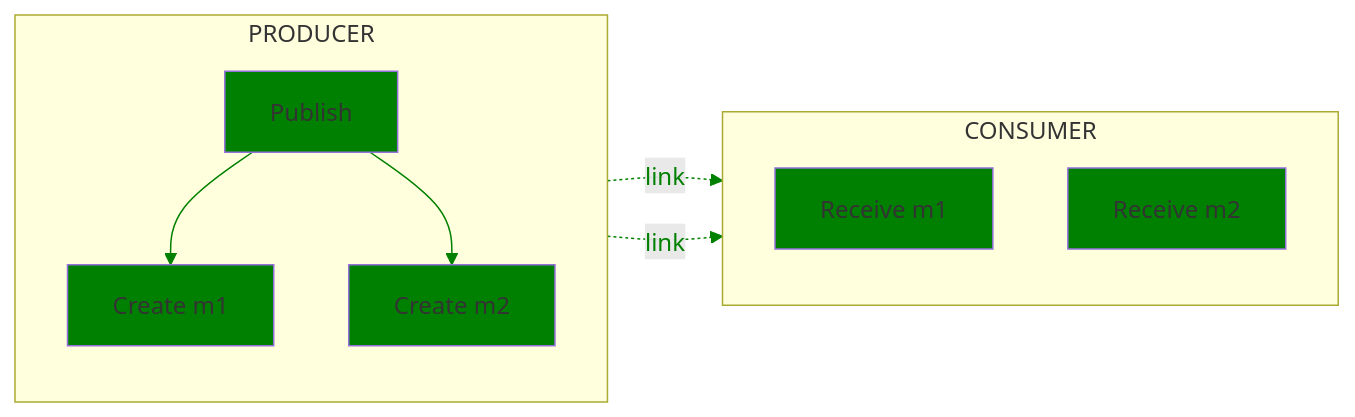
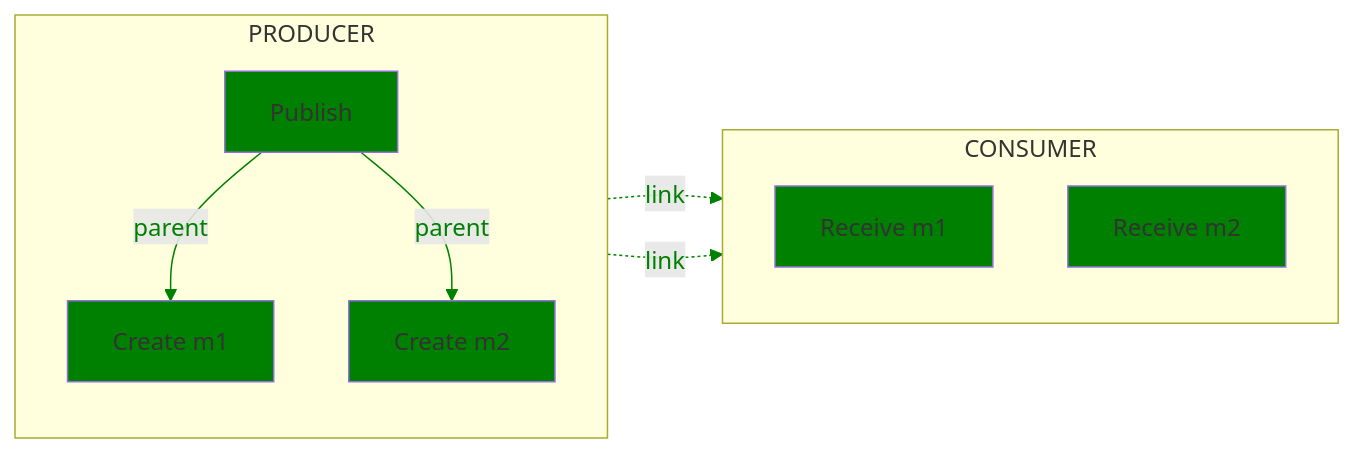
One commit to open-telemetry/oteps changed the ninth of 12 diagrams in text/trace/0220-messaging-semantic-conventions-span-structure.md. Above: the diagram before and after it, drawn with Mermaid. The commit also changed other lines of this file, not shown here.

Commit message:
Add parent label on diagrams

````diff
--- a/text/trace/0220-messaging-semantic-conventions-span-structure.md
+++ b/text/trace/0220-messaging-semantic-conventions-span-structure.md
@@ -505,19 +505,19 @@
 ```mermaid
 flowchart LR;
   subgraph PRODUCER
   direction TB
-  P[Publish]-->CM1[Create m1]
-  P-->CM2[Create m2]
+  P[Publish]-->|parent|CM1[Create m1]
+  P-->|parent|CM2[Create m2]
   end
   subgraph CONSUMER
   direction TB
   RM1[Receive m1]
   RM2[Receive m2]
   end
   CM1-. link .->RM1;
   CM2-. link .->RM2;
 
   classDef normal fill:green
   class P,CM1,CM2,RM1,RM2 normal
   linkStyle 0,1,2,3 color:green,stroke:green
 ```
````
